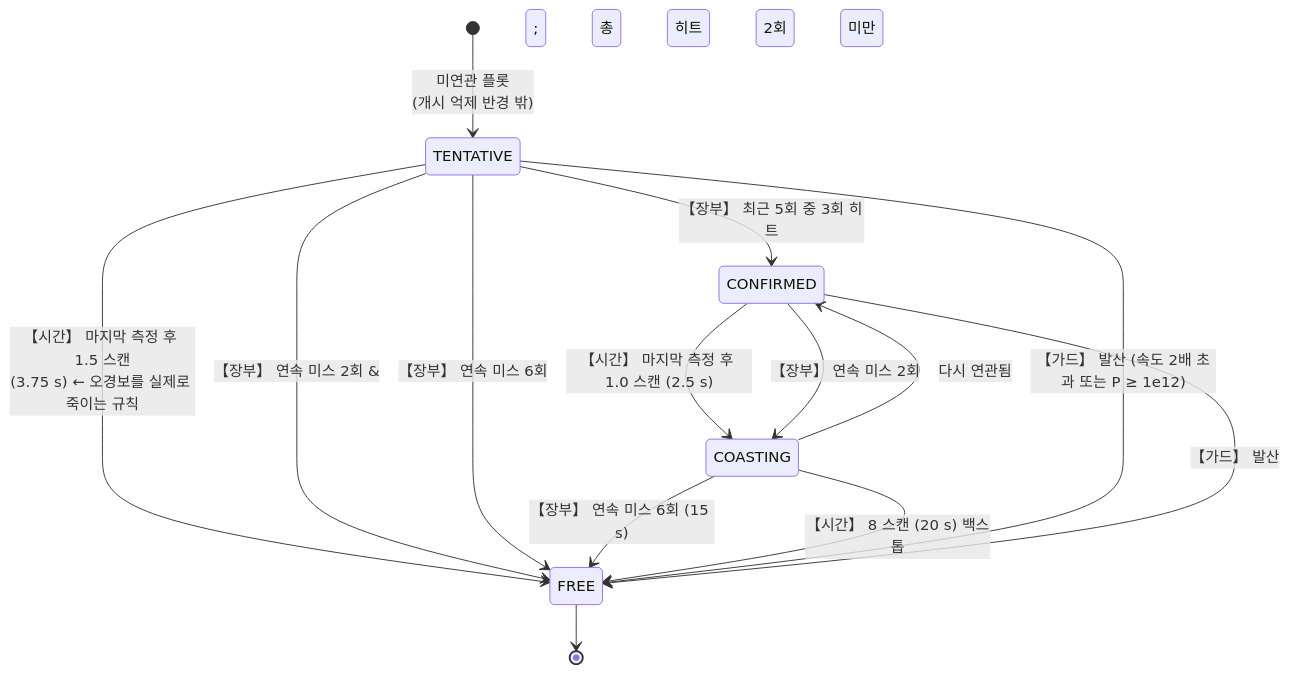
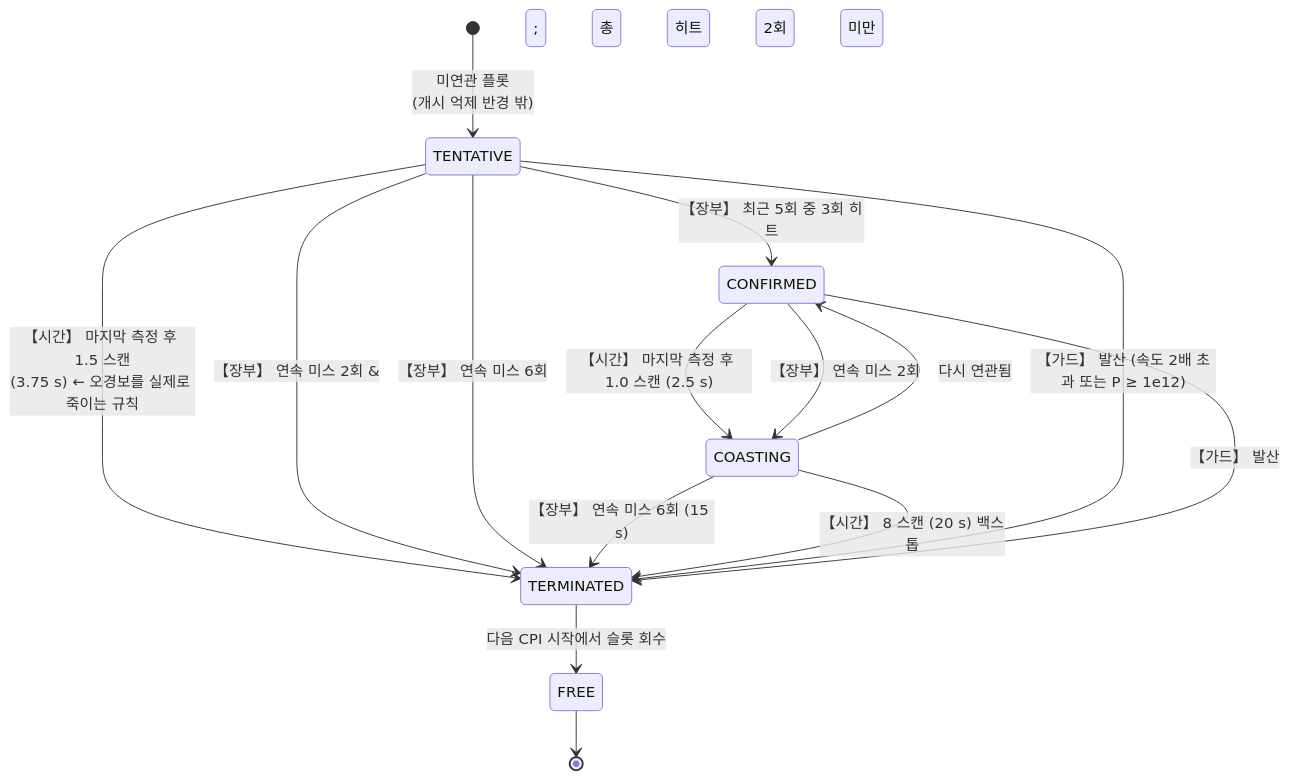
One commit to harley-hwan/PWRadarSystem changed the third of 7 diagrams in ARCHITECTURE.md. Above: the diagram before and after it, drawn with Mermaid. The commit also changed other lines of this file and 13 other files, not shown here.

````diff
--- a/ARCHITECTURE.md
+++ b/ARCHITECTURE.md
@@ -1408,19 +1475,20 @@
 ```mermaid
 stateDiagram-v2
     [*] --> TENTATIVE: 미연관 플롯<br/>(개시 억제 반경 밖)
 
     TENTATIVE --> CONFIRMED: 【장부】 최근 5회 중 3회 히트
-    TENTATIVE --> FREE: 【시간】 마지막 측정 후 1.5 스캔<br/>(3.75 s) ← 오경보를 실제로 죽이는 규칙
-    TENTATIVE --> FREE: 【장부】 연속 미스 2회 &amp; 총 히트 2회 미만
-    TENTATIVE --> FREE: 【장부】 연속 미스 6회
+    TENTATIVE --> TERMINATED: 【시간】 마지막 측정 후 1.5 스캔<br/>(3.75 s) ← 오경보를 실제로 죽이는 규칙
+    TENTATIVE --> TERMINATED: 【장부】 연속 미스 2회 &amp; 총 히트 2회 미만
+    TENTATIVE --> TERMINATED: 【장부】 연속 미스 6회
 
     CONFIRMED --> COASTING: 【시간】 마지막 측정 후 1.0 스캔 (2.5 s)
     CONFIRMED --> COASTING: 【장부】 연속 미스 2회
     COASTING --> CONFIRMED: 다시 연관됨
-    COASTING --> FREE: 【장부】 연속 미스 6회 (15 s)
-    COASTING --> FREE: 【시간】 8 스캔 (20 s) 백스톱
+    COASTING --> TERMINATED: 【장부】 연속 미스 6회 (15 s)
+    COASTING --> TERMINATED: 【시간】 8 스캔 (20 s) 백스톱
 
-    TENTATIVE --> FREE: 【가드】 발산 (속도 2배 초과 또는 P ≥ 1e12)
-    CONFIRMED --> FREE: 【가드】 발산
+    TENTATIVE --> TERMINATED: 【가드】 발산 (속도 2배 초과 또는 P ≥ 1e12)
+    CONFIRMED --> TERMINATED: 【가드】 발산
+    TERMINATED --> FREE: 다음 CPI 시작에서 슬롯 회수
     FREE --> [*]
 ```
````
